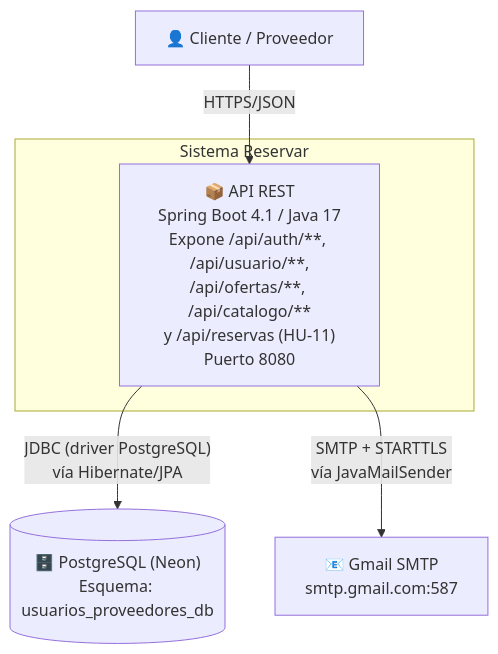
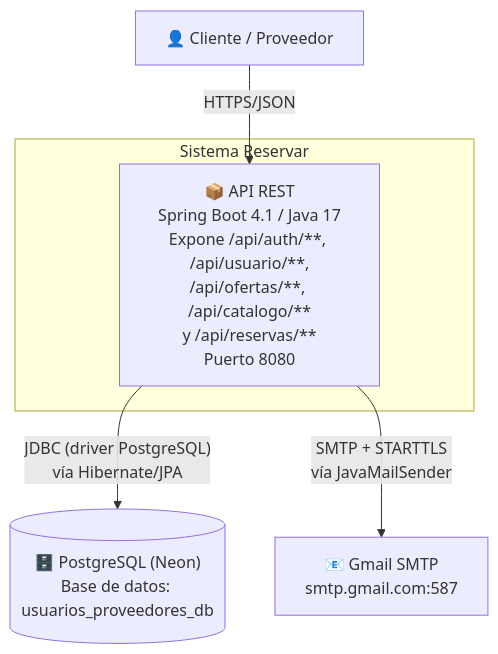
Before and after one commit to FabricaEscuela20262-EAV09/FabricaEscuela202602_EAV09: the second of 6 diagrams in README.md, drawn with Mermaid. The commit also changed other lines of this file, not shown here.

````diff
--- a/README.md
+++ b/README.md
@@ -82,15 +82,15 @@
 ```mermaid
 graph TD
     Cliente["👤 Cliente / Proveedor"]
 
     subgraph SistemaReservar["Sistema Reservar"]
-        API["📦 API REST<br/>Spring Boot 4.1 / Java 17<br/>Expone /api/auth/**, /api/usuario/**,<br/>/api/ofertas/**, /api/catalogo/**<br/>y /api/reservas (HU-11)<br/>Puerto 8080"]
+        API["📦 API REST<br/>Spring Boot 4.1 / Java 17<br/>Expone /api/auth/**, /api/usuario/**,<br/>/api/ofertas/**, /api/catalogo/**<br/>y /api/reservas/**<br/>Puerto 8080"]
     end
 
-    BD[("🗄️ PostgreSQL (Neon)<br/>Esquema: usuarios_proveedores_db")]
+    BD[("🗄️ PostgreSQL (Neon)<br/>Base de datos: usuarios_proveedores_db")]
     Correo["📧 Gmail SMTP<br/>smtp.gmail.com:587"]
 
     Cliente -->|"HTTPS/JSON"| API
     API -->|"JDBC (driver PostgreSQL)<br/>vía Hibernate/JPA"| BD
     API -->|"SMTP + STARTTLS<br/>vía JavaMailSender"| Correo
 ```
````
